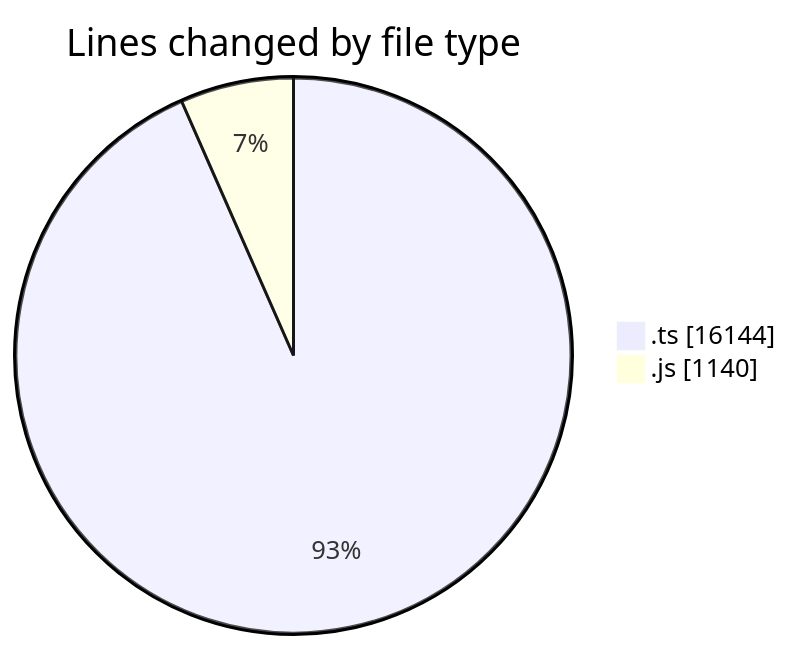
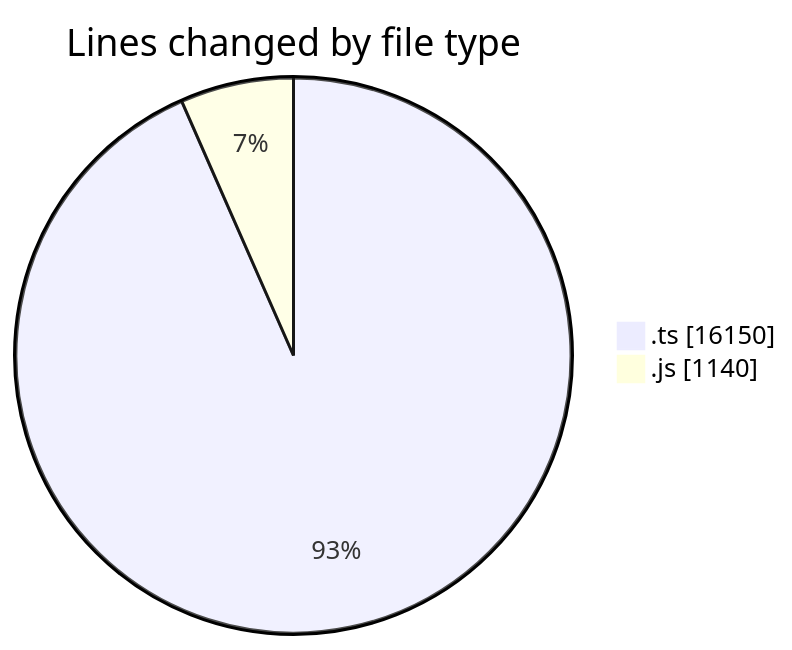
One commit to momahboobian/code-tracking changed the first of 2 diagrams in 2025-06-27/cda/README.md. Above: the diagram before and after it, drawn with Mermaid. The commit also changed other lines of this file and 1 other file, not shown here.

````diff
--- a/2025-06-27/cda/README.md
+++ b/2025-06-27/cda/README.md
@@ -29,6 +29,6 @@
 ```mermaid
 pie showData
 title Lines changed by file type
-".ts" : 16144
+".ts" : 16150
 ".js" : 1140
 ```
````
